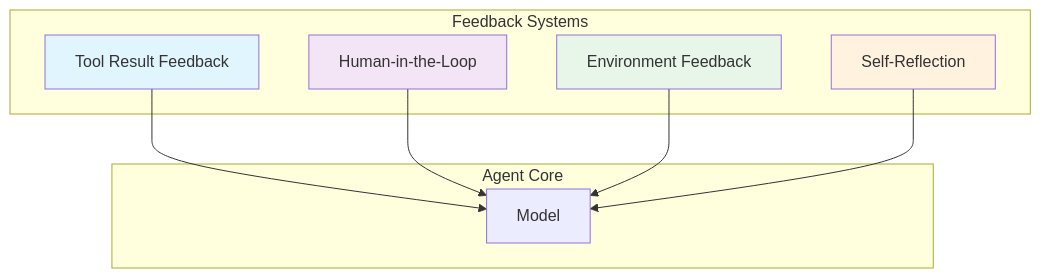
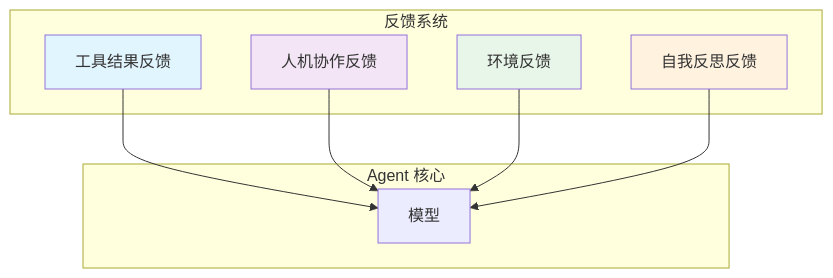
The second of 3 diagrams in i18n/zh-Hans/docusaurus-plugin-content-docs/current/ai/harness-engineering/core-concepts.mdx (YiWang24/AiDIY), drawn with Mermaid before and after one commit. The commit also changed other lines of this file and 59 other files, not shown here.

````diff
--- a/i18n/zh-Hans/docusaurus-plugin-content-docs/current/ai/harness-engineering/core-concepts.mdx
+++ b/i18n/zh-Hans/docusaurus-plugin-content-docs/current/ai/harness-engineering/core-concepts.mdx
@@ -313,23 +313,23 @@
 ```mermaid
 flowchart TB
-    subgraph Feedback["Feedback Systems"]
-        T[Tool Result Feedback]
-        H[Human-in-the-Loop]
-        E[Environment Feedback]
-        S[Self-Reflection]
+    subgraph Feedback["反馈系统"]
+        T[工具结果反馈]
+        H[人机协作反馈]
+        E[环境反馈]
+        S[自我反思反馈]
     end
 
-    subgraph Agent["Agent Core"]
-        M[Model]
+    subgraph Agent["Agent 核心"]
+        M[模型]
     end
 
     T --> M
     H --> M
     E --> M
     S --> M
 
     style T fill:#e1f5fe
     style H fill:#f3e5f5
     style E fill:#e8f5e9
     style S fill:#fff3e0
 ```
````
